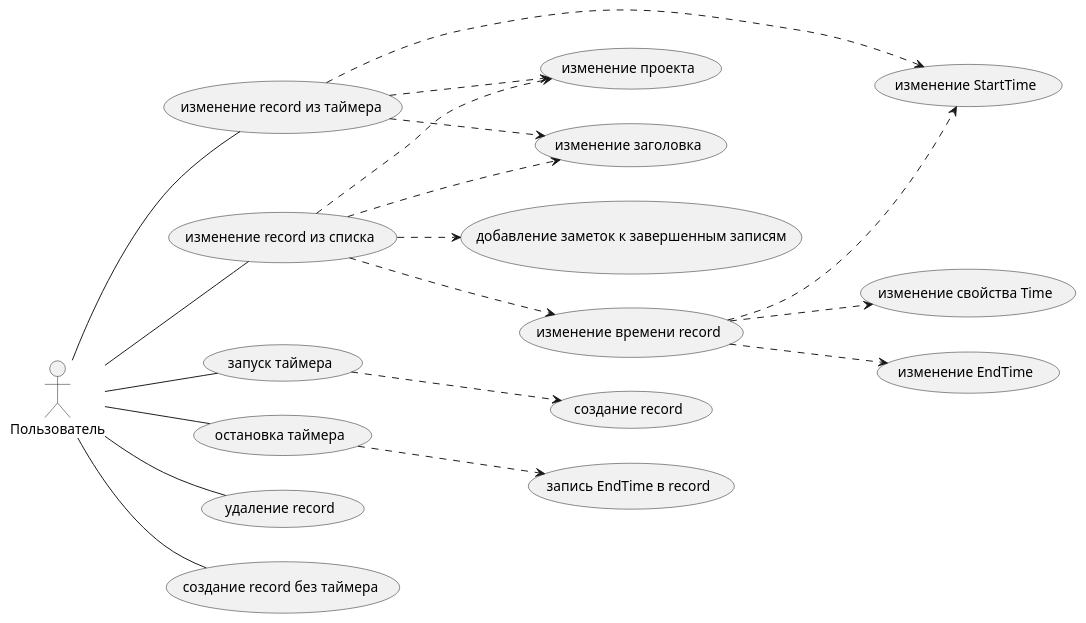
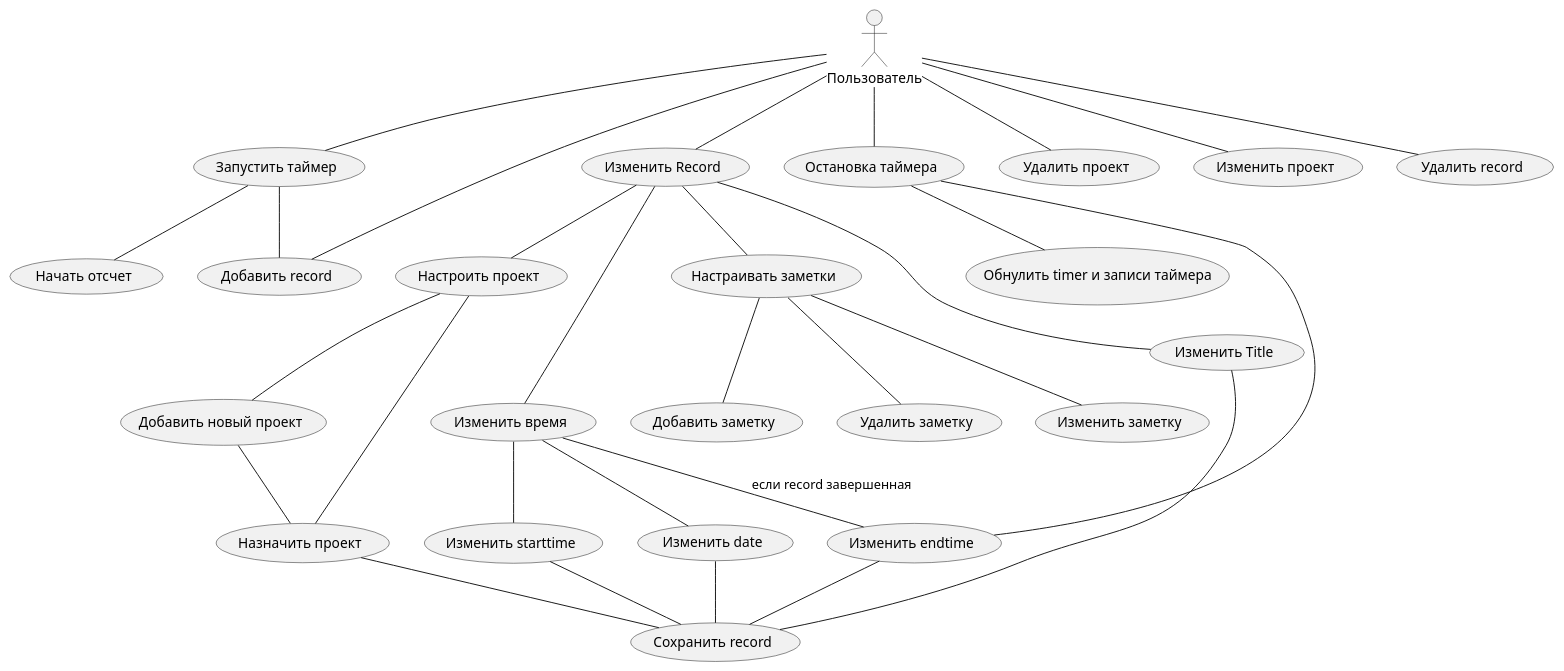
The diagram in docs/use-cases/timaproject-use-case.plantuml (quaterni/TimaProject), drawn with PlantUML before and after one commit. The commit also changed 11 other files, not shown here.

```diff
--- a/docs/use-cases/timaproject-use-case.plantuml
+++ b/docs/use-cases/timaproject-use-case.plantuml
@@ -1,41 +1,66 @@
 @startuml timaproject-use-case
-
-left to right direction
 
 actor Пользователь as user
 
-(изменение record из таймера) as changeRecordTimer
-(запуск таймера) as startTimer
+(Запустить таймер) as startTimer
+(Сохранить record) as saveRecord
+(Изменить Record) as changeRecord
+(Изменить Title) as changeTitle
 
-(создание record) as changeRecord
+(Изменить время) as changeTime
+(Изменить endtime) as setEndTime
+(Изменить date) as setDate
+(Изменить starttime) as setStartTime
+changeTime -- setEndTime : "если record завершенная"
+changeTime -- setDate
+changeTime -- setStartTime
+setEndTime -- saveRecord
+setStartTime -- saveRecord
+setDate -- saveRecord
+changeTitle -- saveRecord
 
+(Настроить проект) as handleProject
+(Назначить проект) as setProject
+(Добавить новый проект) as addProject
+handleProject -- addProject
+handleProject -- setProject
+addProject -- setProject
+setProject -- saveRecord
 
+(Настраивать заметки) as handleNote
+(Добавить заметку) as addNote
+(Удалить заметку) as removeNote
+(Изменить заметку) as changeNote
+handleNote -- addNote
+handleNote -- removeNote
+handleNote -- changeNote
 
-user -- changeRecordTimer
+changeRecord -- changeTitle
+changeRecord -- handleProject
+changeRecord -- changeTime
+changeRecord -- handleNote
+
+(Остановка таймера) as stopTimer
+
+(Удалить проект) as removeProject
+(Изменить проект)  as changeProject
+
+user -- changeProject
+user -- removeProject
 
 user -- startTimer
 
-startTimer ..> changeRecord
+startTimer -- (Добавить record)
+startTimer -- (Начать отсчет)
 
-changeRecordTimer ..> (изменение заголовка) 
-changeRecordTimer ..> (изменение StartTime)
-changeRecordTimer ..> (изменение проекта)
+user -- changeRecord 
+user -- stopTimer
 
-user -- (остановка таймера)
+stopTimer -- setEndTime
+stopTimer -- (Обнулить timer и записи таймера)
 
-(остановка таймера) ..> (запись EndTime в record)
-
-
-user -- (удаление record)
-user -- (создание record без таймера)
-user -- (изменение record из списка)
-(изменение record из списка) ..> (изменение заголовка) 
-(изменение record из списка) ..> (изменение проекта)
-(изменение record из списка) ..> (изменение времени record)
-(изменение времени record) ..> (изменение StartTime)
-(изменение времени record) ..> (изменение EndTime)
-(изменение времени record) ..> (изменение свойства Time)
-(изменение record из списка) ..> (добавление заметок к завершенным записям)
+user -- (Удалить record)
+user -- (Добавить record)
 
 
 @enduml
```
